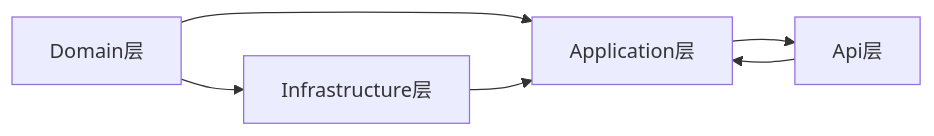
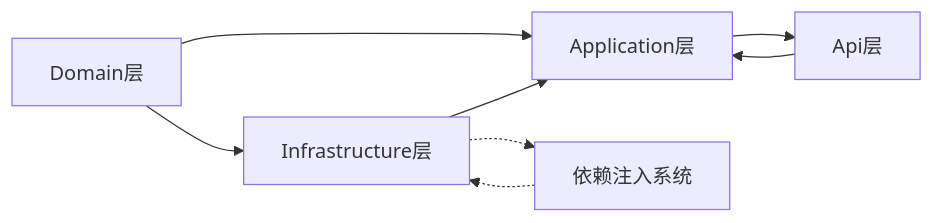
Before and after one commit to whitemousetl/IndustrialDataSolution: the seventh of 7 diagrams in .qoder/repowiki/zh/content/协议驱动架构/协议驱动架构.md, drawn with Mermaid. The commit also changed other lines of this file and 11 other files, not shown here.

````diff
--- a/.qoder/repowiki/zh/content/协议驱动架构/协议驱动架构.md
+++ b/.qoder/repowiki/zh/content/协议驱动架构/协议驱动架构.md
@@ -341,8 +402,10 @@
 ```mermaid
 graph LR
 Domain["Domain层"] --> Infra["Infrastructure层"]
 Domain --> App["Application层"]
 App --> Api["Api层"]
 Infra --> App
 Api --> App
+Infra -.-> DI["依赖注入系统"]
+DI -.-> Infra
 ```
````
